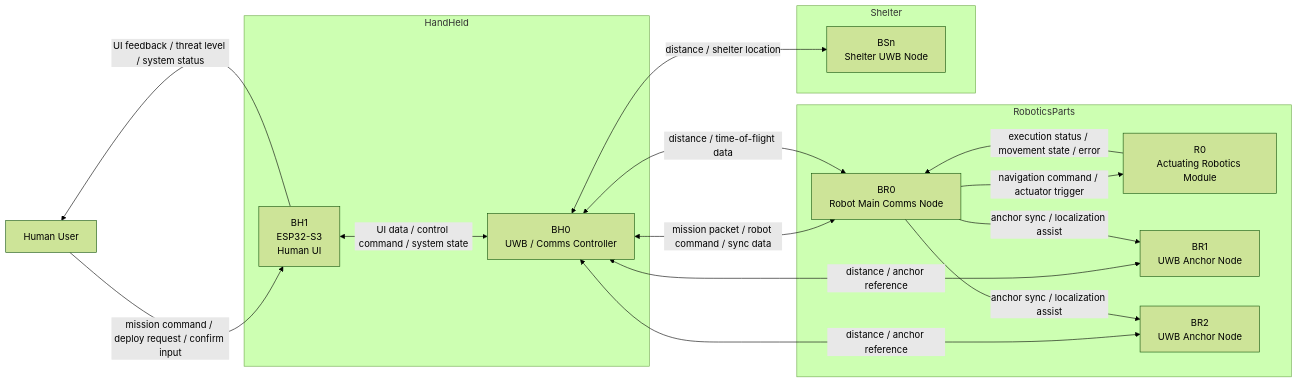
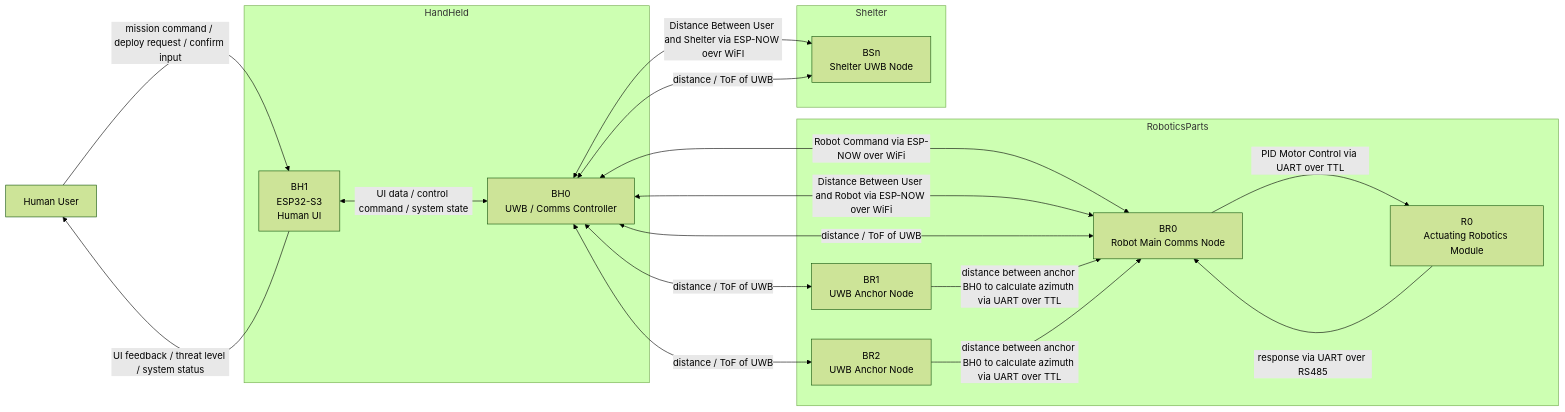
The diagram in Readme.md (BYuM-051/JSUsseoHandHeld0), drawn with Mermaid (forest theme) before and after one commit.

Commit message:
fix: mermaidDFD with hand

````diff
--- a/Readme.md
+++ b/Readme.md
@@ -46,60 +46,62 @@
 ```mermaid
 flowchart LR
     %% =========================
     %% AstroShield DFD (Data-Oriented)
     %% =========================
 
     U[Human User]
 
     subgraph H[HandHeld]
         BH1[BH1\nESP32-S3\nHuman UI]
         BH0[BH0\nUWB / Comms Controller]
     end
 
     subgraph R[RoboticsParts]
         R0[R0\nActuating Robotics Module]
         BR0[BR0\nRobot Main Comms Node]
         BR1[BR1\nUWB Anchor Node]
         BR2[BR2\nUWB Anchor Node]
     end
 
     subgraph S[Shelter]
         BS0[BSn\nShelter UWB Node]
     end
 
     %% =========================
     %% Human Interaction
     %% =========================
     U -->|mission command / deploy request / confirm input| BH1
     BH1 -->|UI feedback / threat level / system status| U
 
     %% =========================
     %% Handheld Internal
     %% =========================
     BH1 <-->|UI data / control command / system state| BH0
 
     %% =========================
     %% ESP-NOW Communication
     %% =========================
-    BH0 <-->|mission packet / robot command / sync data| BR0
+    BH0 <-->|Robot Command via ESP-NOW over WiFi| BR0
+    BH0 <-->|Distance Between User and Robot via ESP-NOW over WiFi| BR0
+    BH0 <-->|Distance Between User and Shelter via ESP-NOW oevr WiFI| BS0
 
     %% =========================
     %% UWB Ranging / Positioning
     %% =========================
-    BH0 <-->|distance / time-of-flight data| BR0
-    BH0 <-->|distance / anchor reference| BR1
-    BH0 <-->|distance / anchor reference| BR2
-    BH0 <-->|distance / shelter location| BS0
+    BH0 <-->|distance / ToF of UWB| BR0
+    BH0 <-->|distance / ToF of UWB| BR1
+    BH0 <-->|distance / ToF of UWB| BR2
+    BH0 <-->|distance / ToF of UWB | BS0
 
     %% =========================
     %% Robot Control
     %% =========================
-    BR0 -->|navigation command / actuator trigger| R0
-    R0 -->|execution status / movement state / error| BR0
+    BR0 -->|PID Motor Control via UART over TTL| R0
+    R0 -->|response via UART over RS485| BR0
 
     %% =========================
     %% Internal Robot Network
     %% =========================
-    BR0 -->|anchor sync / localization assist| BR1
-    BR0 -->|anchor sync / localization assist| BR2
+    BR1 -->|distance between anchor BH0 to calculate azimuth via UART over TTL| BR0
+    BR2 -->|distance between anchor BH0 to calculate azimuth via UART over TTL| BR0
 ```
````
